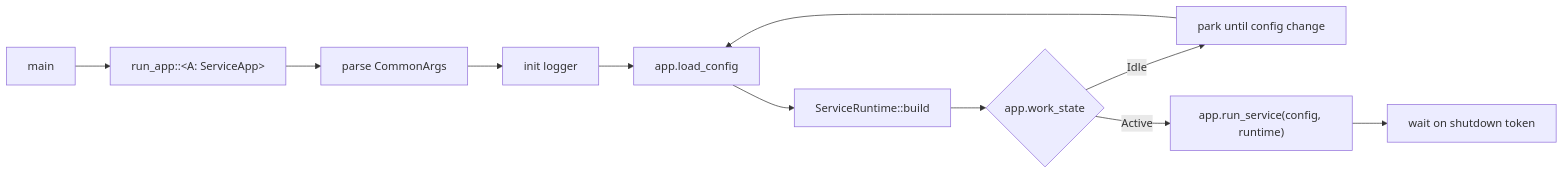
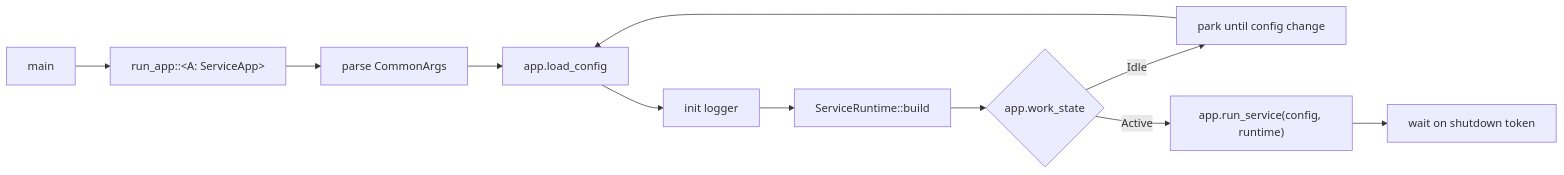
One commit to hyperi-io/scalo-rs changed the diagram in docs/runtime/service-runtime.md. Above: the diagram before and after it, drawn with Mermaid. The commit also changed other lines of this file and 4 other files, not shown here.

````diff
--- a/docs/runtime/service-runtime.md
+++ b/docs/runtime/service-runtime.md
@@ -51,13 +51,13 @@
 ```mermaid
 flowchart LR
     A[main] --> B["run_app::&lt;A: ServiceApp&gt;"]
     B --> C[parse CommonArgs]
-    C --> D[init logger]
-    D --> E[app.load_config]
-    E --> F[ServiceRuntime::build]
+    C --> E[app.load_config]
+    E --> D[init logger]
+    D --> F[ServiceRuntime::build]
     F --> W{"app.work_state"}
     W -->|Idle| P["park until config change"]
     P --> E
     W -->|Active| G["app.run_service(config, runtime)"]
     G --> H[wait on shutdown token]
 ```
````
